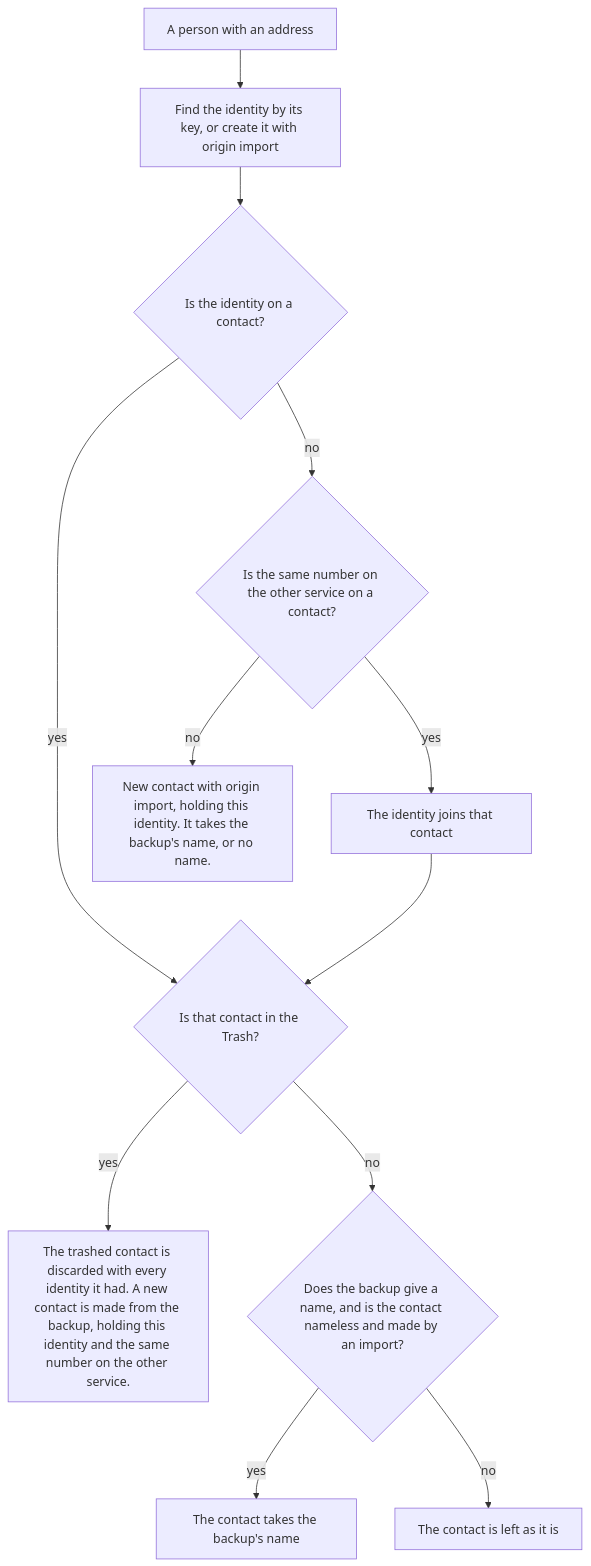
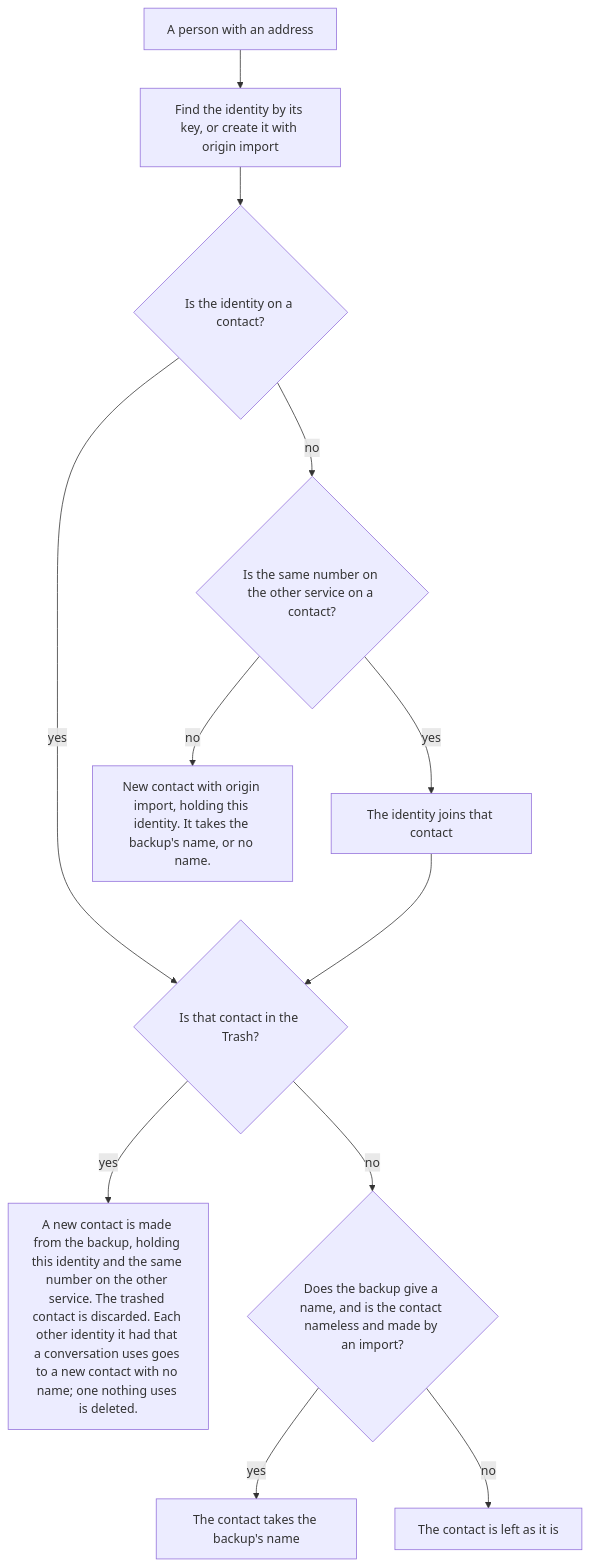
One commit to bitrealm-io/message-vault changed the first of 8 diagrams in docs/architecture/how-contacts-are-made-and-changed.md. Above: the diagram before and after it, drawn with Mermaid. The commit also changed other lines of this file and 33 other files, not shown here.

````diff
--- a/docs/architecture/how-contacts-are-made-and-changed.md
+++ b/docs/architecture/how-contacts-are-made-and-changed.md
@@ -34,14 +40,14 @@
 ```mermaid
 flowchart TD
   A["A person with an address"] --> B["Find the identity by its key, or create it with origin import"]
   B --> C{"Is the identity on a contact?"}
   C -- yes --> E{"Is that contact in the Trash?"}
   C -- no --> D{"Is the same number on the other service on a contact?"}
   D -- yes --> D1["The identity joins that contact"]
   D1 --> E
   D -- no --> N["New contact with origin import, holding this identity. It takes the backup's name, or no name."]
-  E -- yes --> T["The trashed contact is discarded with every identity it had. A new contact is made from the backup, holding this identity and the same number on the other service."]
+  E -- yes --> T["A new contact is made from the backup, holding this identity and the same number on the other service. The trashed contact is discarded. Each other identity it had that a conversation uses goes to a new contact with no name; one nothing uses is deleted."]
   E -- no --> F{"Does the backup give a name, and is the contact nameless and made by an import?"}
   F -- yes --> F1["The contact takes the backup's name"]
   F -- no --> F2["The contact is left as it is"]
 ```
````
